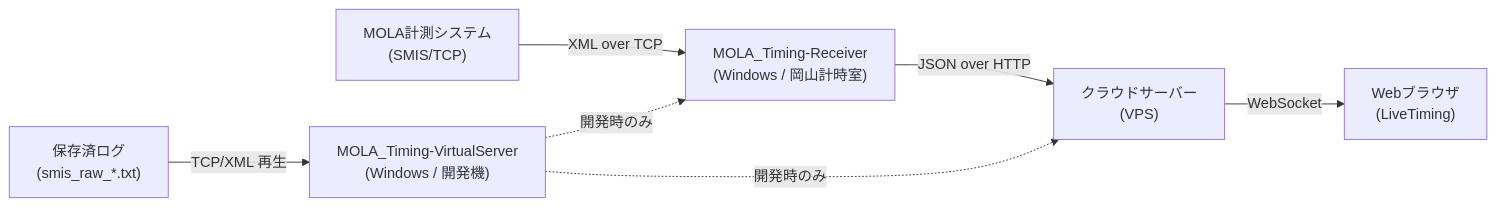
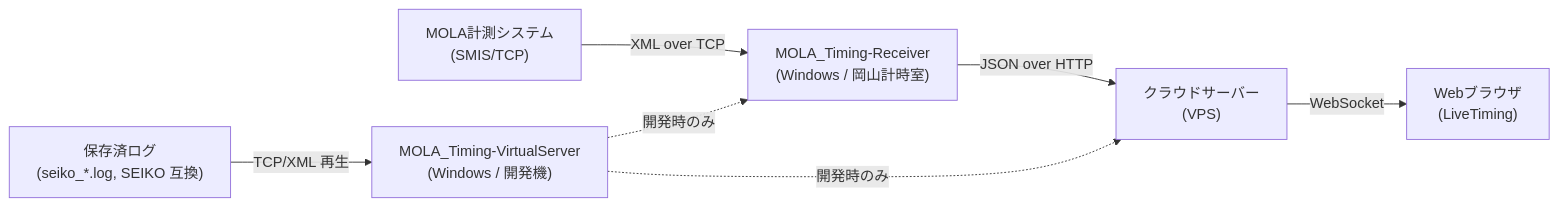
Before and after one commit to ryunosuke0809/RFX-LiveTiming-OKAYAMA: the first of 3 diagrams in docs/plan/開発計画_LiveTiming_OKAYAMA.md, drawn with Mermaid. The commit also changed other lines of this file and 17 other files, not shown here.

First line of the commit message:
feat(windows): 生 log を SEIKO 互換形式に統一、VirtualServer で seiko_*.log を再生可能に

````diff
--- a/docs/plan/開発計画_LiveTiming_OKAYAMA.md
+++ b/docs/plan/開発計画_LiveTiming_OKAYAMA.md
@@ -9,9 +9,9 @@
 ```mermaid
 flowchart LR
   MOLA["MOLA計測システム\n(SMIS/TCP)"] -->|XML over TCP| Receiver["MOLA_Timing-Receiver\n(Windows / 岡山計時室)"]
   Receiver -->|JSON over HTTP| CloudServer["クラウドサーバー\n(VPS)"]
   CloudServer -->|WebSocket| WebPage["Webブラウザ\n(LiveTiming)"]
-  Files["保存済ログ\n(smis_raw_*.txt)"] -->|TCP/XML 再生| VS["MOLA_Timing-VirtualServer\n(Windows / 開発機)"]
+  Files["保存済ログ\n(seiko_*.log, SEIKO 互換)"] -->|TCP/XML 再生| VS["MOLA_Timing-VirtualServer\n(Windows / 開発機)"]
   VS -.->|開発時のみ| Receiver
   VS -.->|開発時のみ| CloudServer
 ```
````
